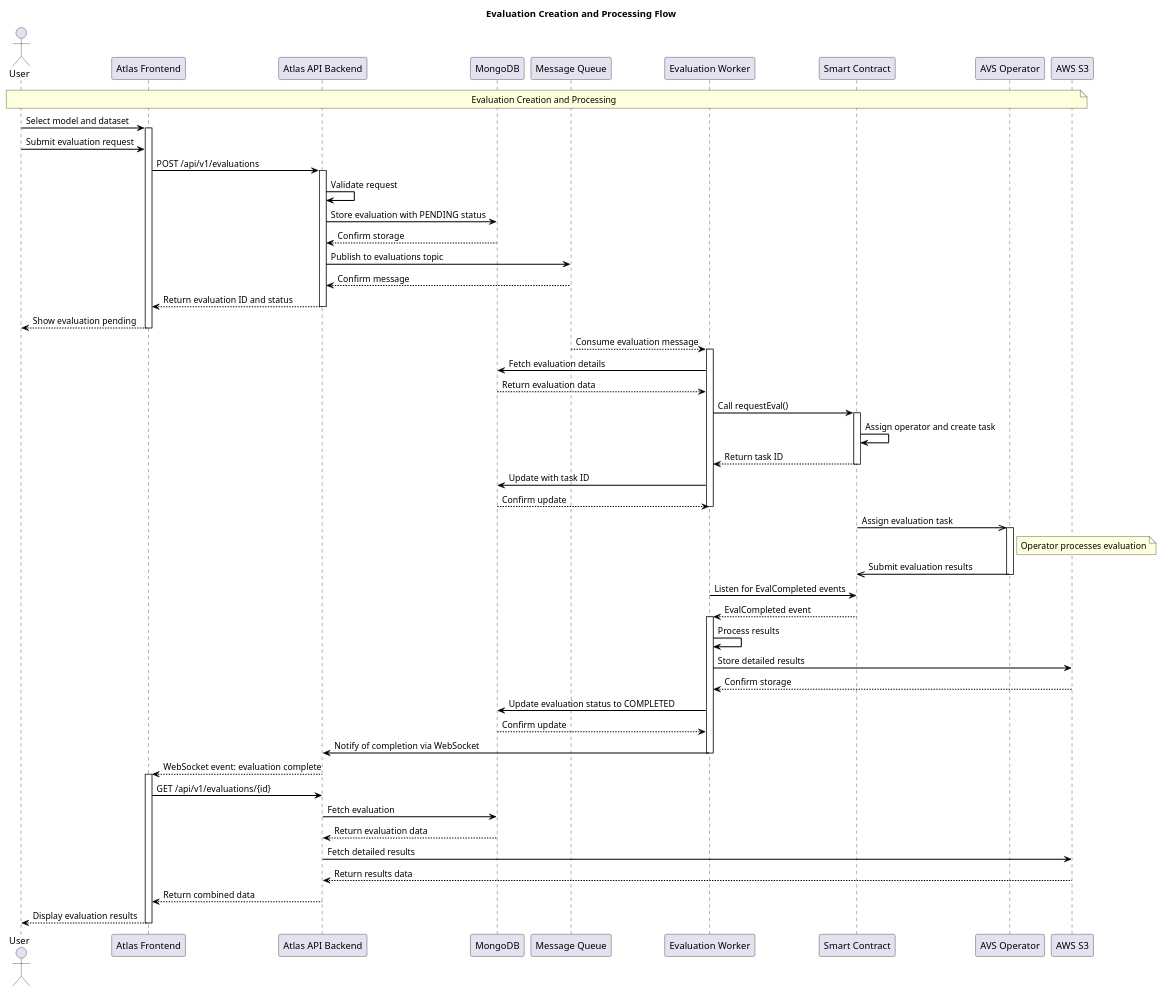
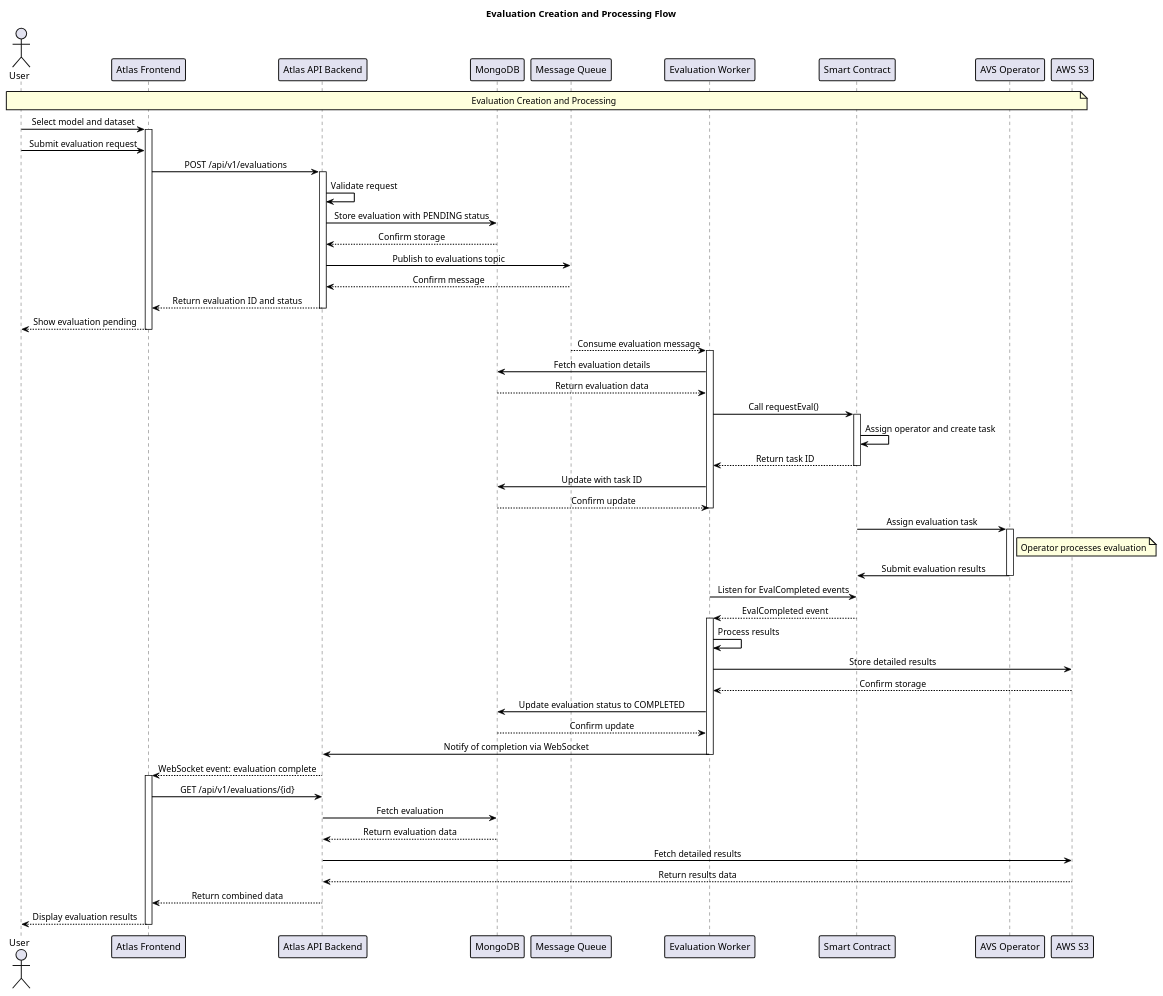
One commit to k-g-j/ll-sequence-diagrams changed the diagram in plantuml-diagrams/atlas-evaluation-flow.puml. Above: the diagram before and after it, drawn with PlantUML. The commit also changed 16 other files, not shown here.

Commit message:
Fix arrow rendering issues in PlantUML diagrams

```diff
--- a/plantuml-diagrams/atlas-evaluation-flow.puml
+++ b/plantuml-diagrams/atlas-evaluation-flow.puml
@@ -1,78 +1,91 @@
 @startuml
-skinparam sequenceMessageAlign center
+' Use improved sequence diagram styling
 skinparam backgroundColor white
 skinparam handwritten false
+skinparam linetype ortho
+
+' Fix arrow styling
 skinparam ArrowColor black
+skinparam ArrowThickness 1.5
 skinparam SequenceArrowThickness 1.5
-skinparam SequenceMessageAlignment left
+
+' Fix message alignment
+skinparam sequenceMessageAlign direction
+skinparam SequenceMessageAlignment center
+
+' Improve participant styling
+skinparam ParticipantBorderThickness 1.5
+skinparam DatabaseBorderThickness 1.5
+skinparam ActorBorderThickness 1.5
+skinparam NoteBorderThickness 1.5
 
 title Evaluation Creation and Processing Flow
 
 actor User
 participant "Atlas Frontend" as Frontend
 participant "Atlas API Backend" as API
 participant "MongoDB" as MongoDB
 participant "Message Queue" as Kafka
 participant "Evaluation Worker" as Worker
 participant "Smart Contract" as Contract
 participant "AVS Operator" as Operator
 participant "AWS S3" as S3
 
 note over User, S3: Evaluation Creation and Processing
 
 User -> Frontend: Select model and dataset
 activate Frontend
 User -> Frontend: Submit evaluation request
 Frontend -> API: POST /api/v1/evaluations
 activate API
 API -> API: Validate request
 API -> MongoDB: Store evaluation with PENDING status
 MongoDB --> API: Confirm storage
 API -> Kafka: Publish to evaluations topic
 Kafka --> API: Confirm message
 API --> Frontend: Return evaluation ID and status
 deactivate API
 Frontend --> User: Show evaluation pending
 deactivate Frontend
 
 Kafka --> Worker: Consume evaluation message
 activate Worker
 Worker -> MongoDB: Fetch evaluation details
 MongoDB --> Worker: Return evaluation data
 Worker -> Contract: Call requestEval()
 activate Contract
 Contract -> Contract: Assign operator and create task
 Contract --> Worker: Return task ID
 deactivate Contract
 Worker -> MongoDB: Update with task ID
 MongoDB --> Worker: Confirm update
 deactivate Worker
 
-Contract ->> Operator: Assign evaluation task
+Contract -> Operator: Assign evaluation task
 activate Operator
 note right of Operator: Operator processes evaluation
-Operator ->> Contract: Submit evaluation results
+Operator -> Contract: Submit evaluation results
 deactivate Operator
 
 Worker -> Contract: Listen for EvalCompleted events
 Contract --> Worker: EvalCompleted event
 activate Worker
 Worker -> Worker: Process results
 Worker -> S3: Store detailed results
 S3 --> Worker: Confirm storage
 Worker -> MongoDB: Update evaluation status to COMPLETED
 MongoDB --> Worker: Confirm update
 Worker -> API: Notify of completion via WebSocket
 deactivate Worker
 
 API --> Frontend: WebSocket event: evaluation complete
 activate Frontend
 Frontend -> API: GET /api/v1/evaluations/{id}
 API -> MongoDB: Fetch evaluation
 MongoDB --> API: Return evaluation data
 API -> S3: Fetch detailed results
 S3 --> API: Return results data
 API --> Frontend: Return combined data
 Frontend --> User: Display evaluation results
 deactivate Frontend
 @enduml
```
